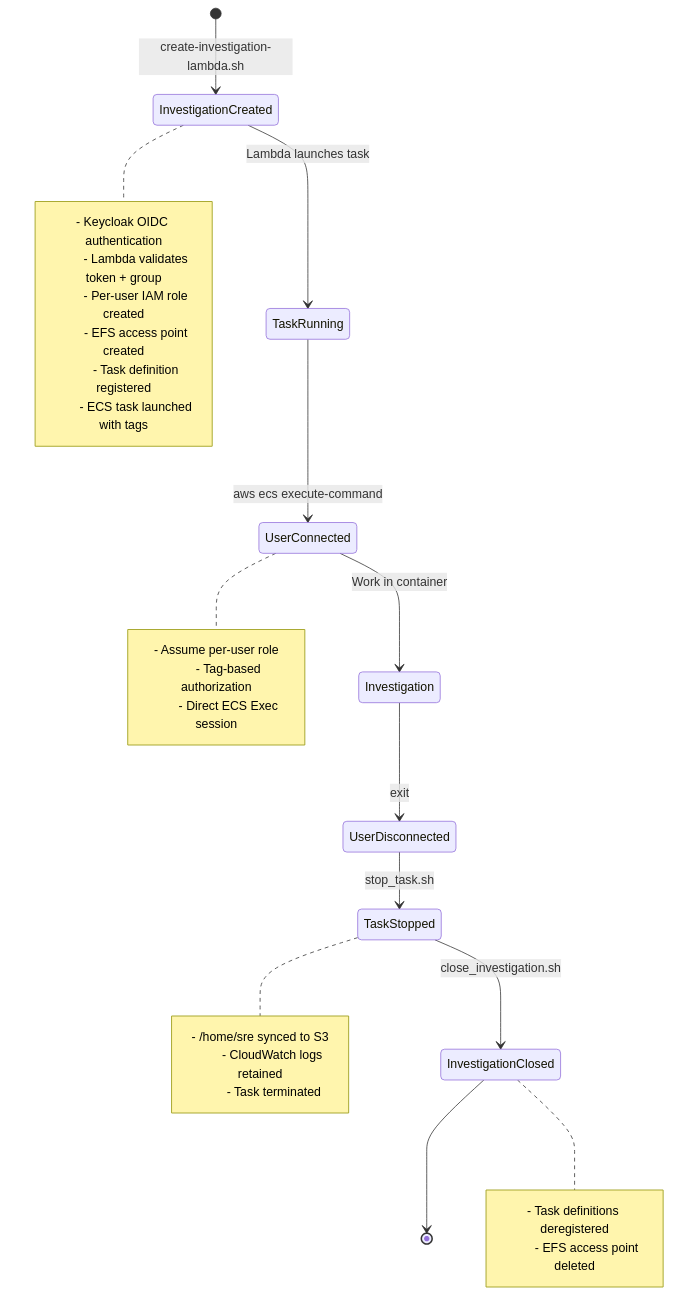
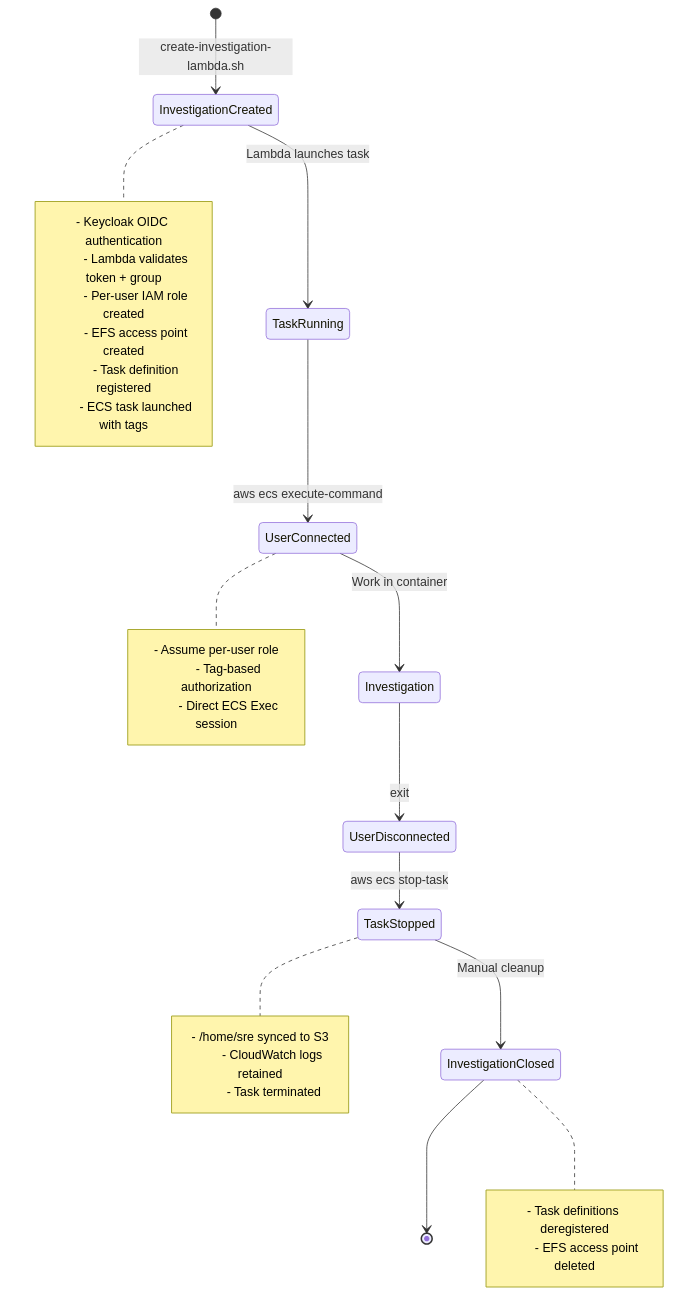
The first of 2 diagrams in docs/runbooks/investigation-workflow.md (openshift-online/rosa-boundary), drawn with Mermaid before and after one commit. The commit also changed other lines of this file and 15 other files, not shown here.

````diff
--- a/docs/runbooks/investigation-workflow.md
+++ b/docs/runbooks/investigation-workflow.md
@@ -9,37 +9,37 @@
 ```mermaid
 stateDiagram-v2
     [*] --> InvestigationCreated: create-investigation-lambda.sh
     InvestigationCreated --> TaskRunning: Lambda launches task
     TaskRunning --> UserConnected: aws ecs execute-command
     UserConnected --> Investigation: Work in container
     Investigation --> UserDisconnected: exit
-    UserDisconnected --> TaskStopped: stop_task.sh
-    TaskStopped --> InvestigationClosed: close_investigation.sh
+    UserDisconnected --> TaskStopped: aws ecs stop-task
+    TaskStopped --> InvestigationClosed: Manual cleanup
     InvestigationClosed --> [*]
 
     note right of InvestigationCreated
         - Keycloak OIDC authentication
         - Lambda validates token + group
         - Per-user IAM role created
         - EFS access point created
         - Task definition registered
         - ECS task launched with tags
     end note
 
     note right of UserConnected
         - Assume per-user role
         - Tag-based authorization
         - Direct ECS Exec session
     end note
 
     note right of TaskStopped
         - /home/sre synced to S3
         - CloudWatch logs retained
         - Task terminated
     end note
 
     note right of InvestigationClosed
         - Task definitions deregistered
         - EFS access point deleted
     end note
 ```
````
